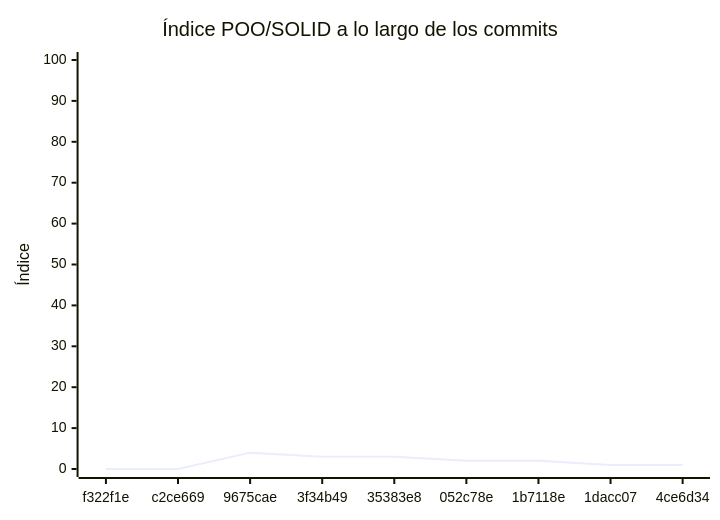
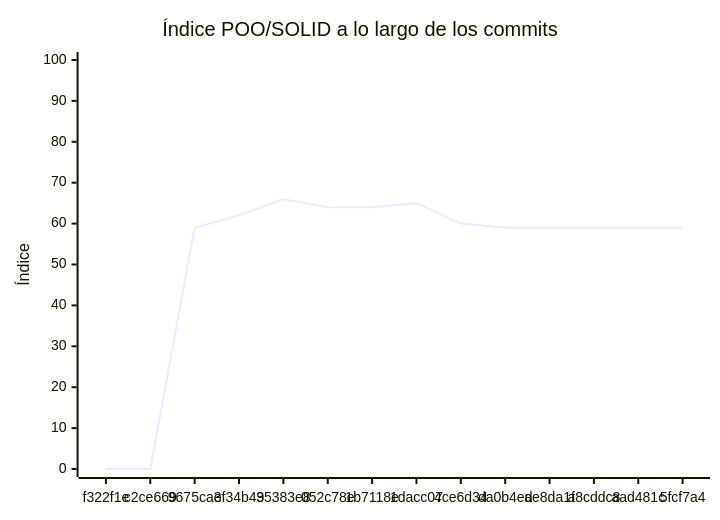
The diagram in docs/EVALUACION.md (centuriol/Proyecto_final_programacion2), drawn with Mermaid before and after one commit. The commit also changed other lines of this file and 1 other file, not shown here.

````diff
--- a/docs/EVALUACION.md
+++ b/docs/EVALUACION.md
@@ -229,7 +230,7 @@
 ```mermaid
 xychart-beta
     title "Índice POO/SOLID a lo largo de los commits"
-    x-axis ["f322f1e", "c2ce669", "9675cae", "3f34b49", "35383e8", "052c78e", "1b7118e", "1dacc07", "4ce6d34"]
+    x-axis ["f322f1e", "c2ce669", "9675cae", "3f34b49", "35383e8", "052c78e", "1b7118e", "1dacc07", "4ce6d34", "da0b4ed", "ae8da1f", "a8cddc8", "aad481c", "5fcf7a4"]
     y-axis "Índice" 0 --> 100
-    line [0, 0, 4, 3, 3, 2, 2, 1, 1]
+    line [0, 0, 59, 62, 66, 64, 64, 65, 60, 59, 59, 59, 59, 59]
 ```
````
